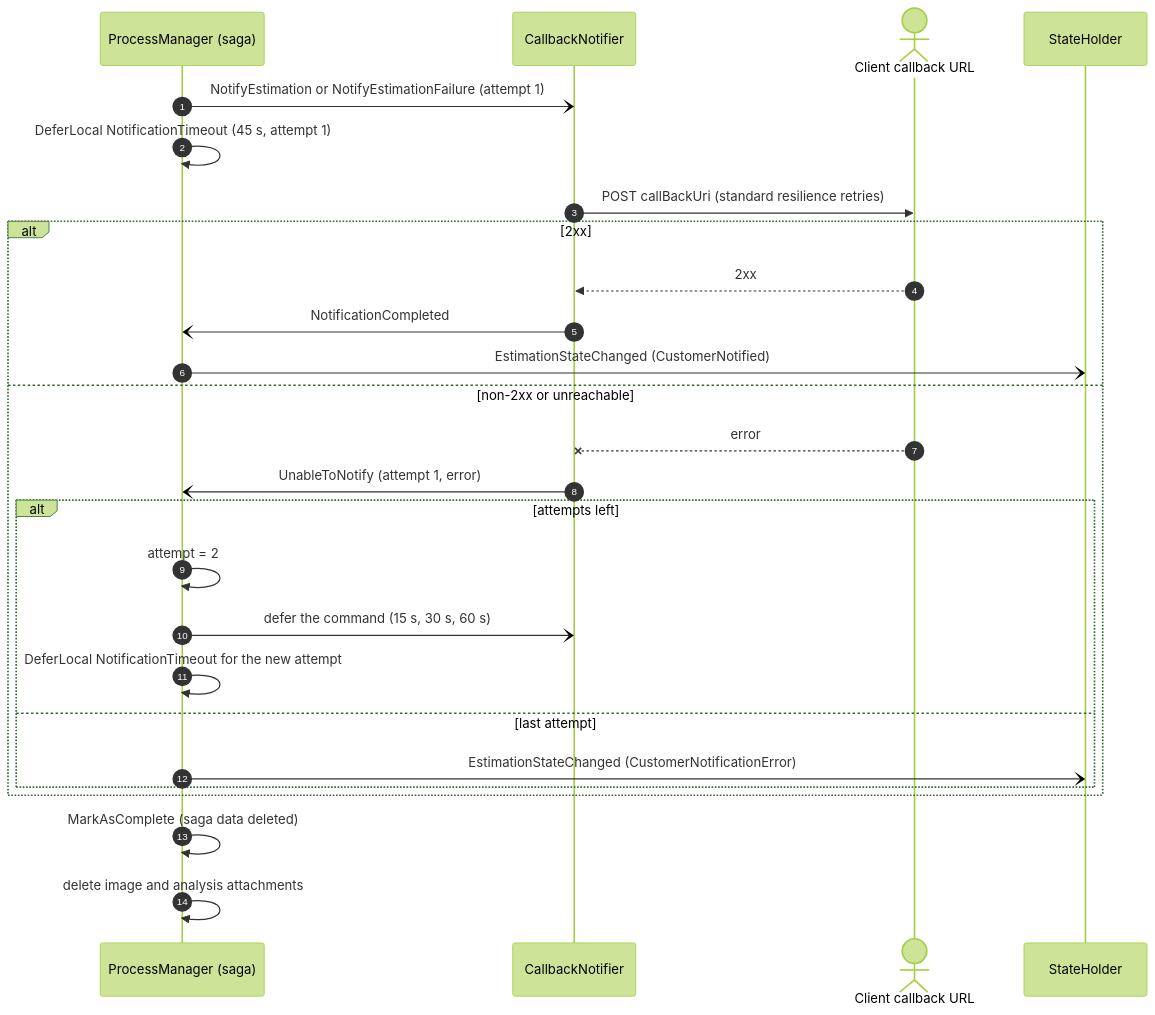
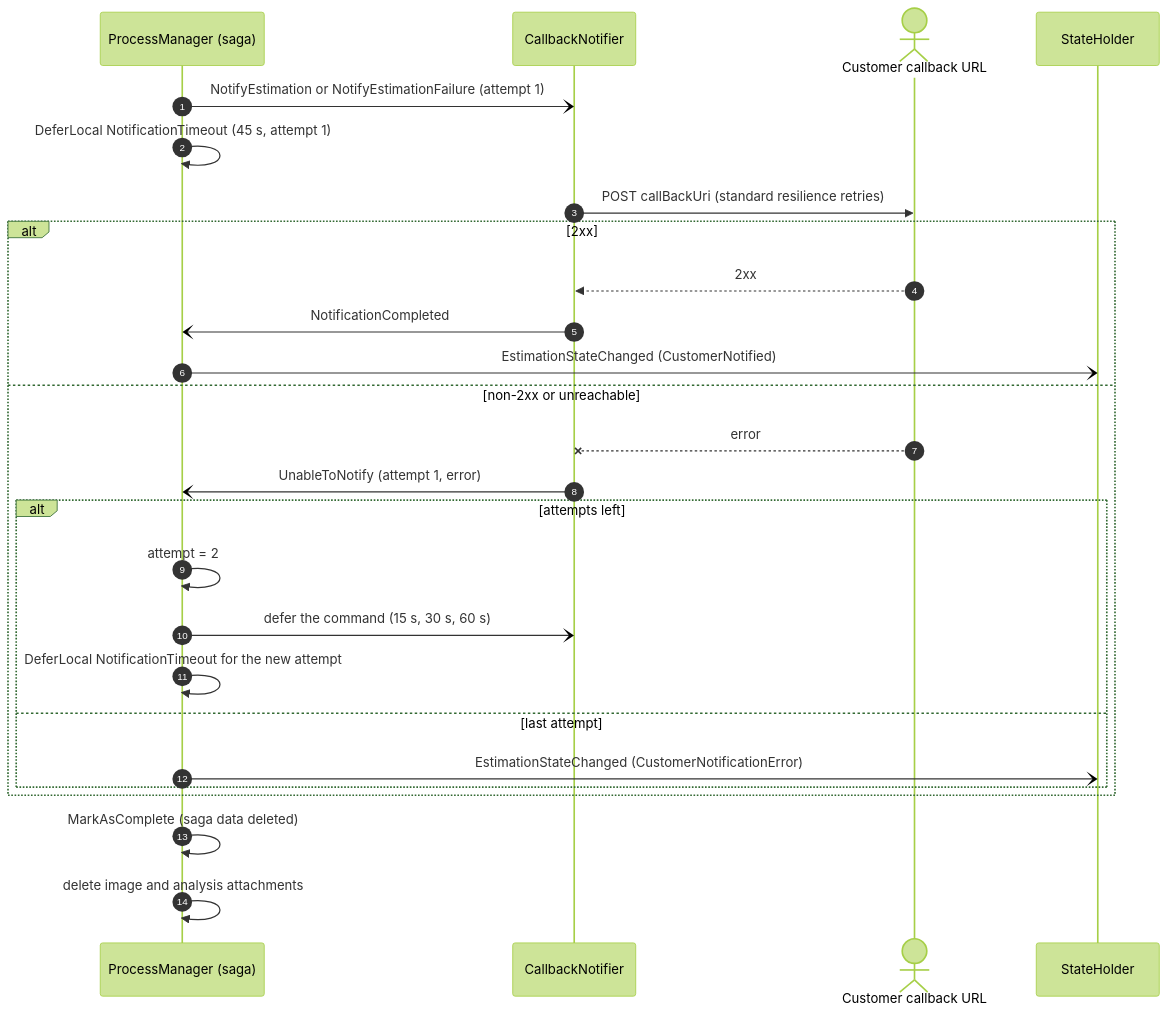
One commit to hbiarge/Estimations changed the eighth of 10 diagrams in docs/messages-flow.md. Above: the diagram before and after it, drawn with Mermaid (forest theme). The commit also changed other lines of this file and 11 other files, not shown here.

````diff
--- a/docs/messages-flow.md
+++ b/docs/messages-flow.md
@@ -288,29 +288,29 @@
 ```mermaid
 sequenceDiagram
     autonumber
     participant PM as ProcessManager (saga)
     participant CN as CallbackNotifier
-    actor Client as Client callback URL
+    actor Customer as Customer callback URL
     participant SH as StateHolder
 
     PM-)CN: NotifyEstimation or NotifyEstimationFailure (attempt 1)
     PM->>PM: DeferLocal NotificationTimeout (45 s, attempt 1)
-    CN->>Client: POST callBackUri (standard resilience retries)
+    CN->>Customer: POST callBackUri (standard resilience retries)
     alt 2xx
-        Client-->>CN: 2xx
+        Customer-->>CN: 2xx
         CN-)PM: NotificationCompleted
         PM-)SH: EstimationStateChanged (CustomerNotified)
     else non-2xx or unreachable
-        Client--xCN: error
+        Customer--xCN: error
         CN-)PM: UnableToNotify (attempt 1, error)
         alt attempts left
             PM->>PM: attempt = 2
             PM-)CN: defer the command (15 s, 30 s, 60 s)
             PM->>PM: DeferLocal NotificationTimeout for the new attempt
         else last attempt
             PM-)SH: EstimationStateChanged (CustomerNotificationError)
         end
     end
     PM->>PM: MarkAsComplete (saga data deleted)
     PM->>PM: delete image and analysis attachments
 ```
````
